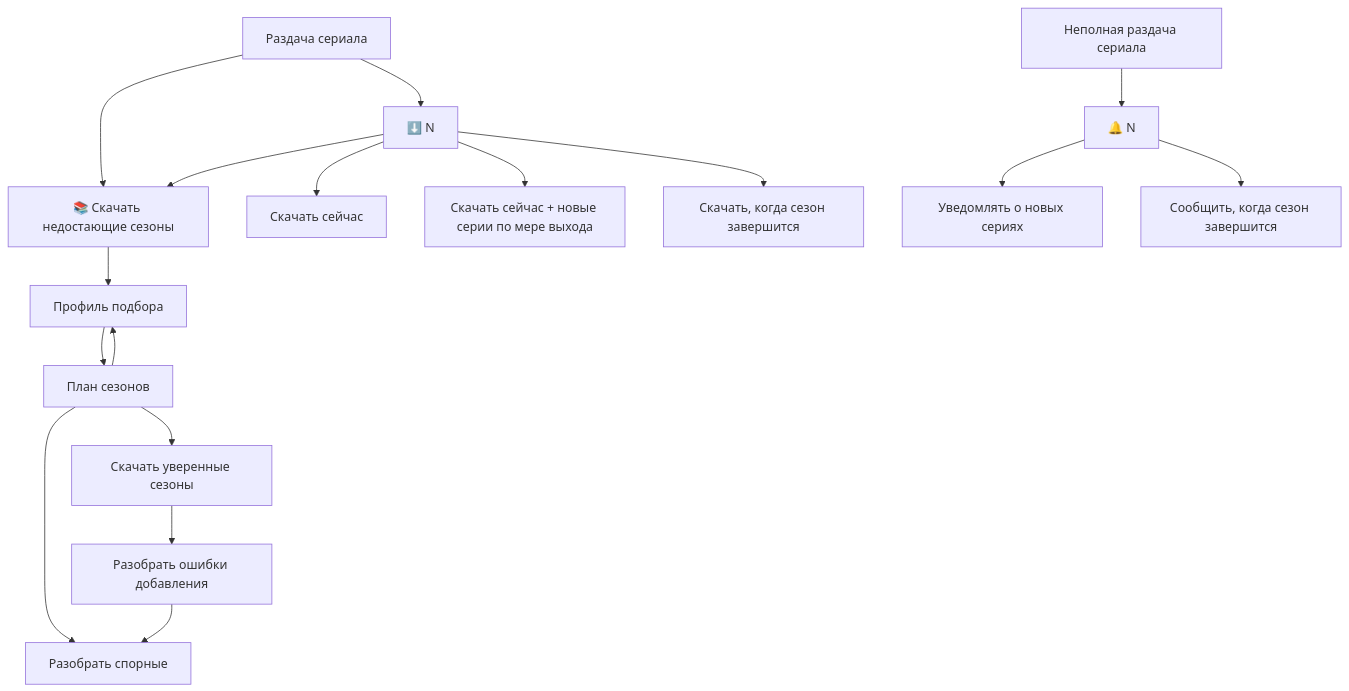
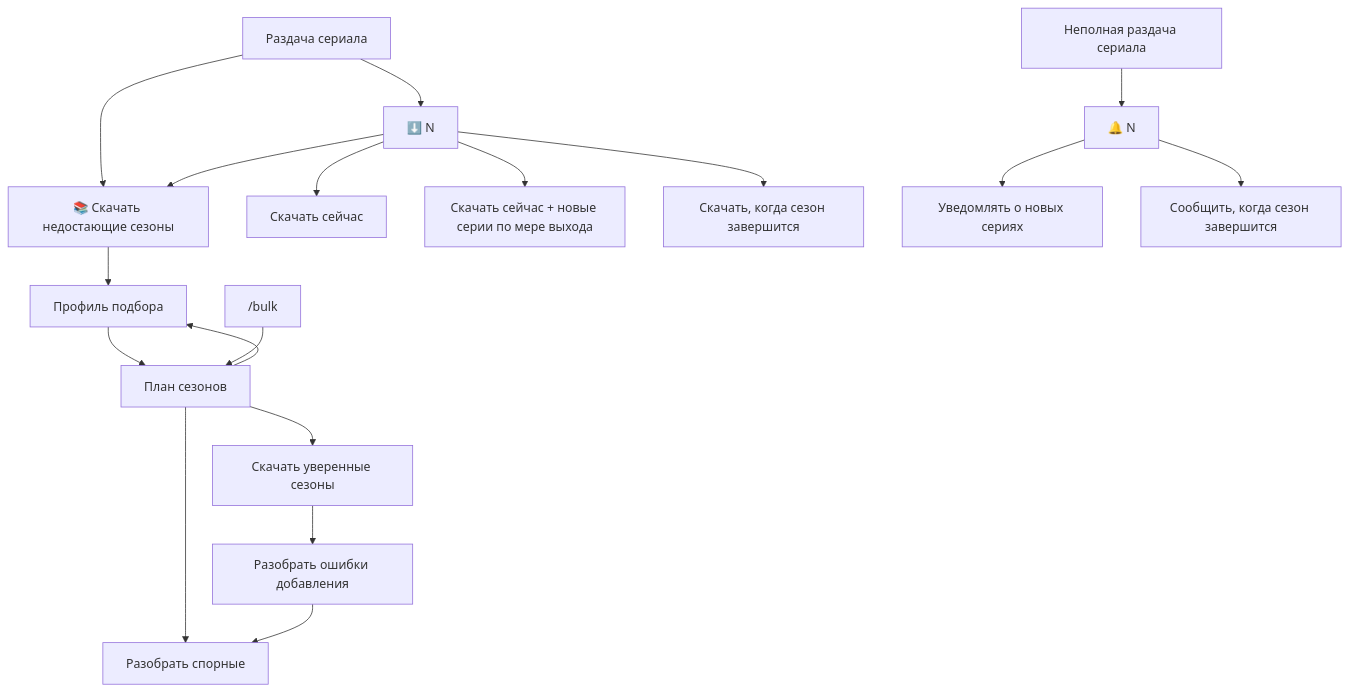
The second of 3 diagrams in README.md (KiMorev/tg-torrent-bot), drawn with Mermaid before and after one commit. The commit also changed other lines of this file and 3 other files, not shown here.

````diff
--- a/README.md
+++ b/README.md
@@ -94,19 +94,20 @@
 ```mermaid
 flowchart TD
     result["Раздача сериала"] --> download["⬇️ N"]
     result --> bulk["📚 Скачать недостающие сезоны"]
     partial["Неполная раздача сериала"] --> notify["🔔 N"]
     download --> now["Скачать сейчас"]
     download --> bulk
     bulk --> profile["Профиль подбора"]
     profile --> plan["План сезонов"]
+    saved["/bulk"] --> plan
     plan --> profile
     plan --> confident["Скачать уверенные сезоны"]
     plan --> review["Разобрать спорные"]
     confident --> retry["Разобрать ошибки добавления"]
     retry --> review
     download --> now_updates["Скачать сейчас + новые серии по мере выхода"]
     download --> wait_full["Скачать, когда сезон завершится"]
     notify --> each["Уведомлять о новых сериях"]
     notify --> final["Сообщить, когда сезон завершится"]
 ```
````
